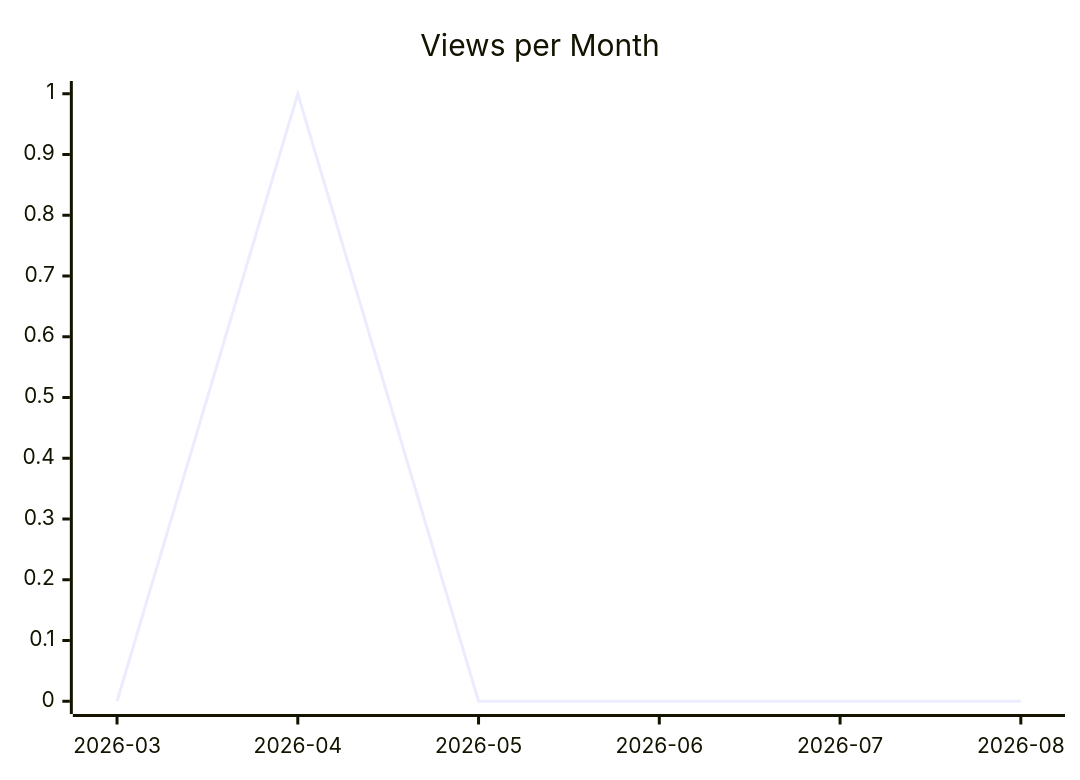
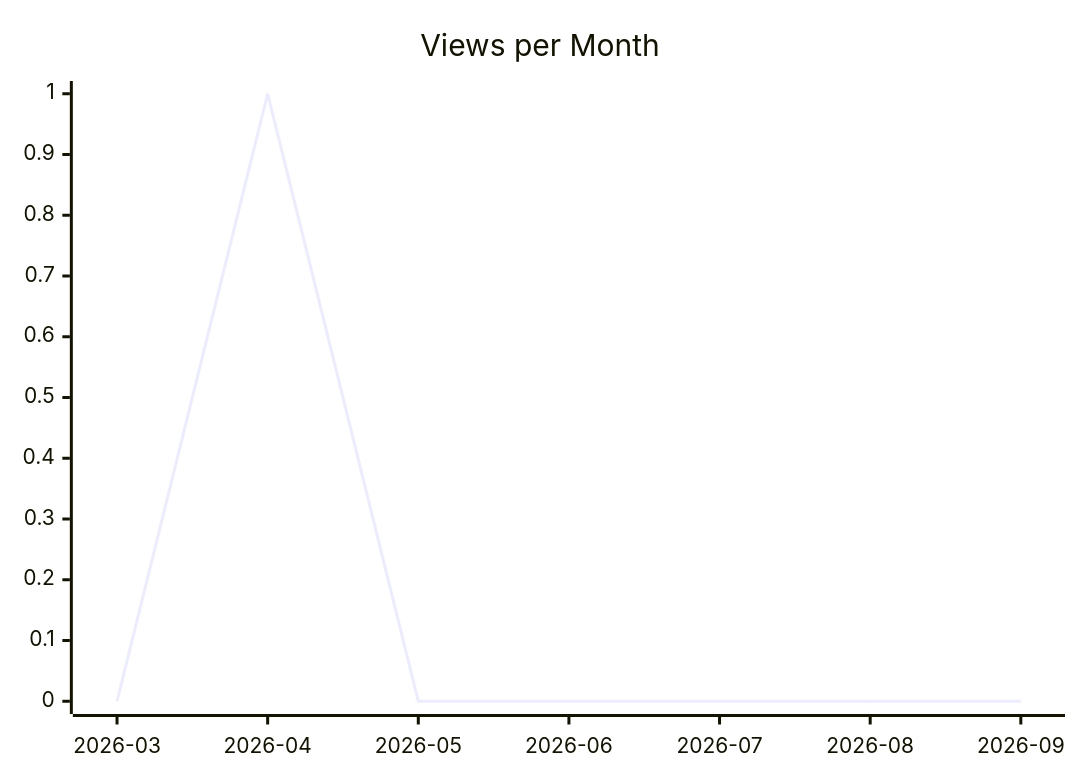
One commit to justdavis-family/github-analytics-data changed the second of 3 diagrams in karlmdavis/obsidian-operator/README.md. Above: the diagram before and after it, drawn with Mermaid. The commit also changed other lines of this file and 191 other files, not shown here.

````diff
--- a/karlmdavis/obsidian-operator/README.md
+++ b/karlmdavis/obsidian-operator/README.md
@@ -12,6 +12,6 @@
 ```mermaid
 xychart-beta
   title "Views per Month"
-  x-axis ["2026-03", "2026-04", "2026-05", "2026-06", "2026-07", "2026-08"]
-  line [0, 1, 0, 0, 0, 0]
+  x-axis ["2026-03", "2026-04", "2026-05", "2026-06", "2026-07", "2026-08", "2026-09"]
+  line [0, 1, 0, 0, 0, 0, 0]
 ```
````
